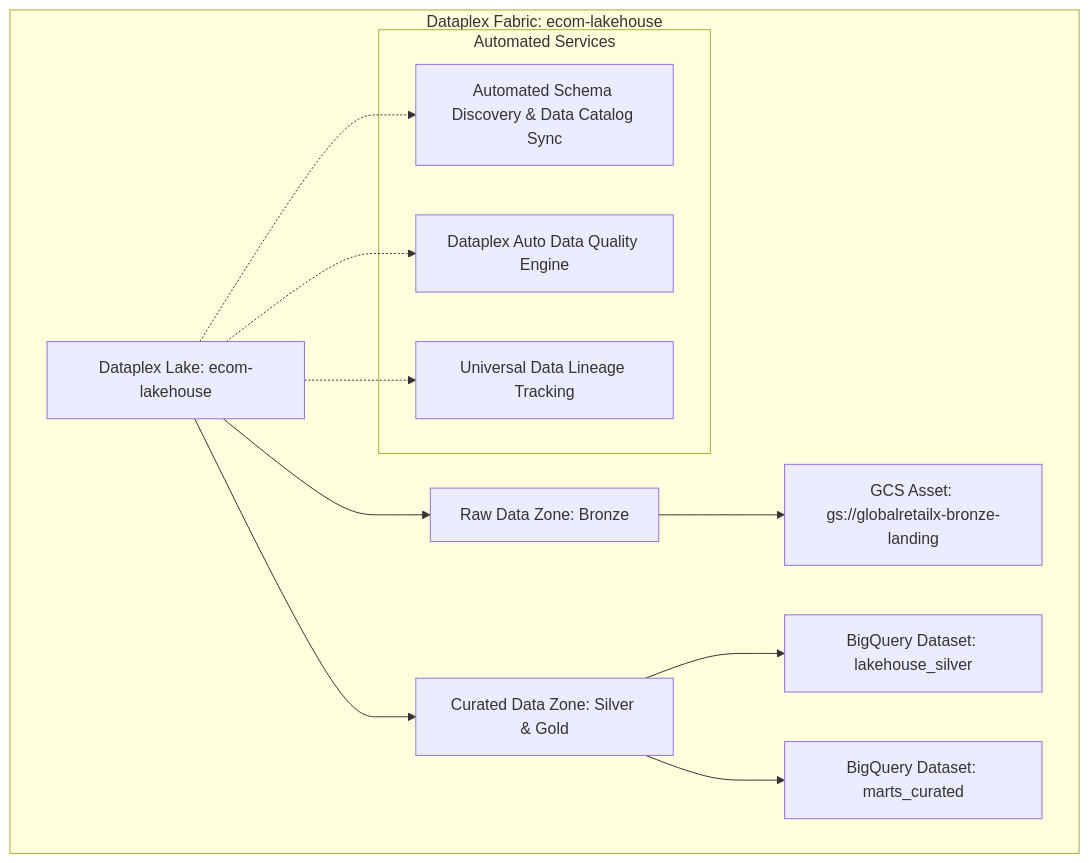
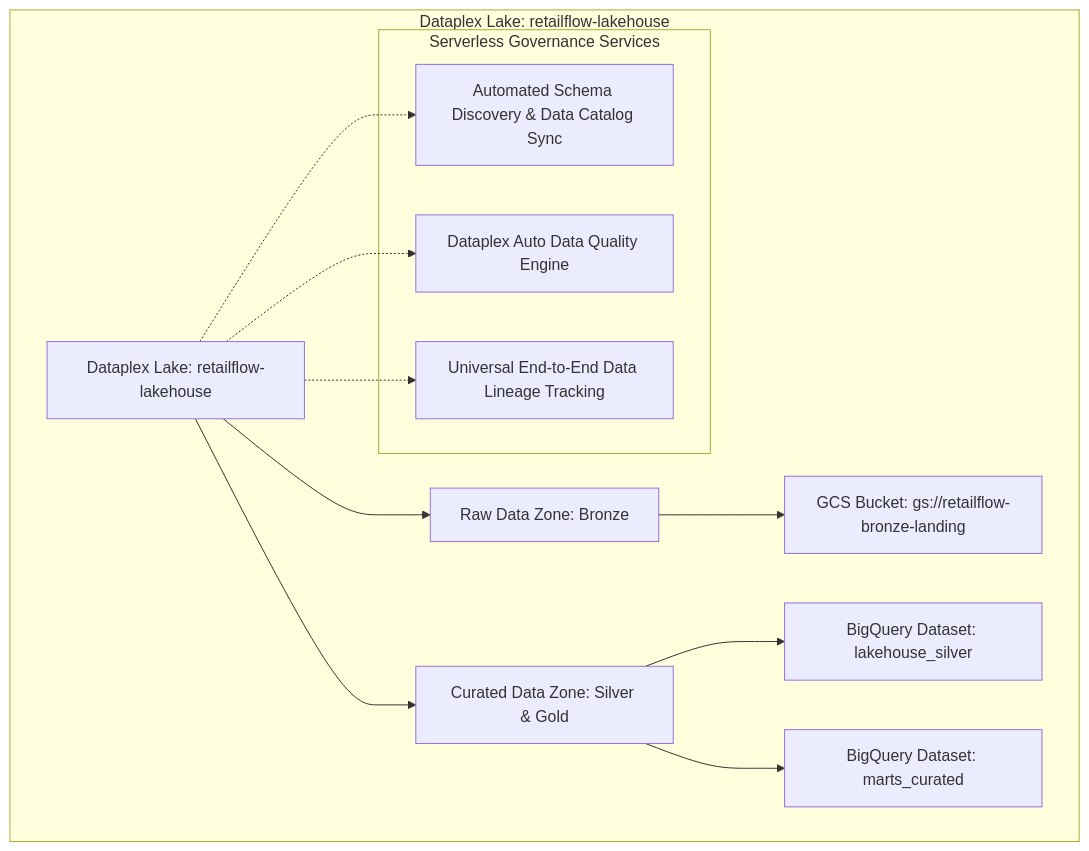
One commit to rohithvishaal/GCP_PDE_Notes changed the third of 4 diagrams in 03_phase2_lifecycle_architecture/05_orchestration_governance_and_serving.md. Above: the diagram before and after it, drawn with Mermaid. The commit also changed other lines of this file and 15 other files, not shown here.

````diff
--- a/03_phase2_lifecycle_architecture/05_orchestration_governance_and_serving.md
+++ b/03_phase2_lifecycle_architecture/05_orchestration_governance_and_serving.md
@@ -203,23 +284,23 @@
 ```mermaid
 graph TD
-    subgraph Dataplex Fabric: ecom-lakehouse
-        Lake[Dataplex Lake: ecom-lakehouse]
+    subgraph Dataplex_Fabric["Dataplex Lake: retailflow-lakehouse"]
+        Lake[Dataplex Lake: retailflow-lakehouse]
         
         Lake --> RawZone[Raw Data Zone: Bronze]
         Lake --> CuratedZone[Curated Data Zone: Silver & Gold]
         
-        RawZone --> GCSAsset1[GCS Asset: gs://globalretailx-bronze-landing]
-        CuratedZone --> BQAsset1[BigQuery Dataset: lakehouse_silver]
-        CuratedZone --> BQAsset2[BigQuery Dataset: marts_curated]
+        RawZone --> GCSAsset[GCS Bucket: gs://retailflow-bronze-landing]
+        CuratedZone --> BQAssetSilver[BigQuery Dataset: lakehouse_silver]
+        CuratedZone --> BQAssetGold[BigQuery Dataset: marts_curated]
         
-        subgraph Automated Services
+        subgraph Automated_Services["Serverless Governance Services"]
             AutoDiscovery[Automated Schema Discovery & Data Catalog Sync]
             AutoDQ[Dataplex Auto Data Quality Engine]
-            LineageService[Universal Data Lineage Tracking]
+            LineageService[Universal End-to-End Data Lineage Tracking]
         end
         
         Lake -.-> AutoDiscovery
         Lake -.-> AutoDQ
         Lake -.-> LineageService
     end
 ```
````
